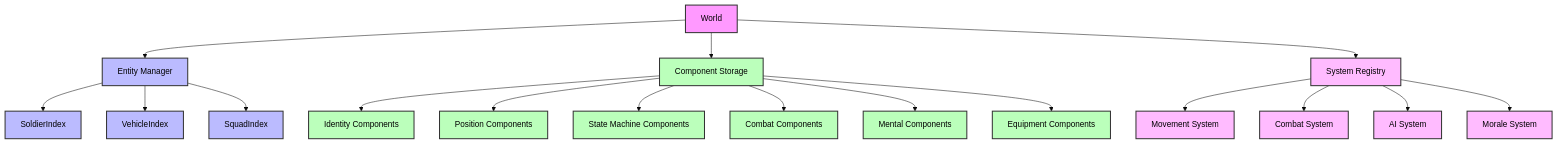
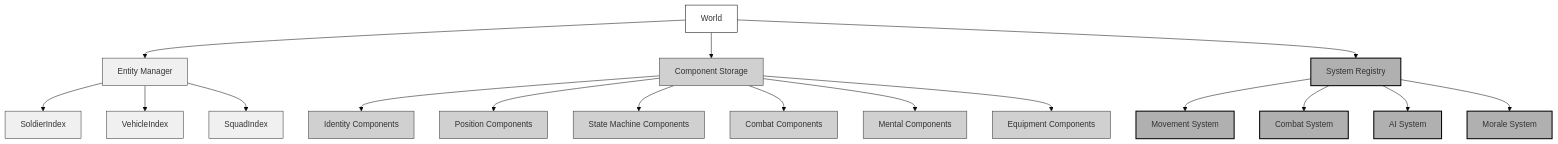
Before and after one commit to jukofyork/close-combat-architecture-study: the fourth of 8 diagrams in appendix_b_unit_attribute_systems.md, drawn with Mermaid (base theme). The commit also changed other lines of this file and 15 other files, not shown here.

````diff
--- a/appendix_b_unit_attribute_systems.md
+++ b/appendix_b_unit_attribute_systems.md
@@ -430,30 +430,30 @@
 ```mermaid
 flowchart TD
     A["World"] --> B["Entity Manager"]
     A --> C["Component Storage"]
     A --> D["System Registry"]
 
     B --> E["SoldierIndex"]
     B --> F["VehicleIndex"]
     B --> G["SquadIndex"]
 
     C --> H["Identity Components"]
     C --> I["Position Components"]
     C --> J["State Machine Components"]
     C --> K["Combat Components"]
     C --> L["Mental Components"]
     C --> M["Equipment Components"]
 
     D --> N["Movement System"]
     D --> O["Combat System"]
     D --> P["AI System"]
     D --> Q["Morale System"]
 
-    classDef default fill:#f9f,stroke:#333,stroke-width:2px,color:#000
-    classDef manager fill:#bbf,stroke:#333,stroke-width:2px,color:#000
-    classDef storage fill:#bfb,stroke:#333,stroke-width:2px,color:#000
-    classDef system fill:#fbf,stroke:#333,stroke-width:2px,color:#000
-    class B,E,F,G manager
-    class C,H,I,J,K,L,M storage
-    class D,N,O,P,Q system
+    classDef default fill:#fff,stroke:#000,stroke-width:1px
+    classDef light fill:#f0f0f0,stroke:#333,stroke-width:1px
+    classDef medium fill:#d0d0d0,stroke:#333,stroke-width:1px
+    classDef dark fill:#b0b0b0,stroke:#000,stroke-width:2px
+    class B,E,F,G light
+    class C,H,I,J,K,L,M medium
+    class D,N,O,P,Q dark
 ```
````
